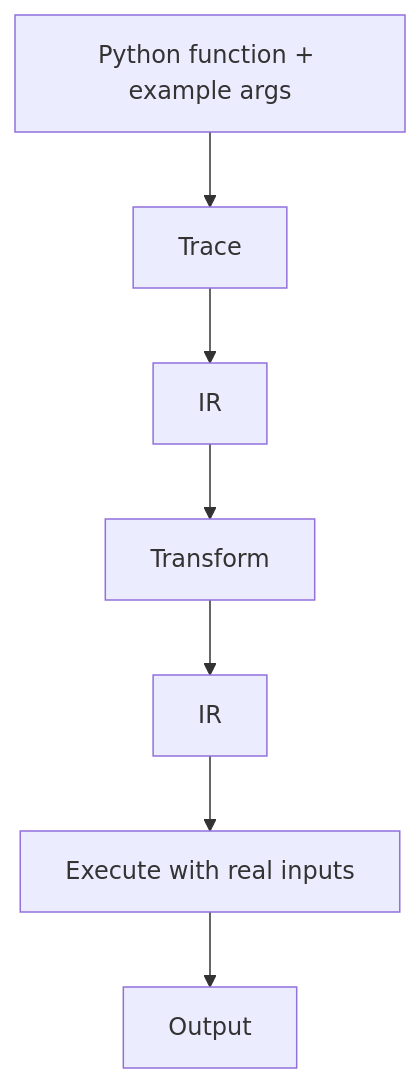
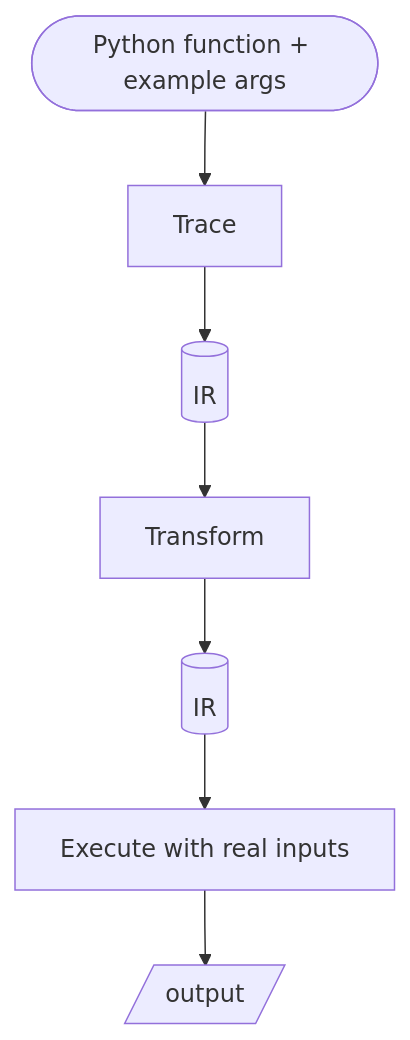
The first of 2 diagrams in docs/concepts/trace-ir-execute.md (ASEM000/autoform), drawn with Mermaid before and after one commit. The commit also changed other lines of this file and 2 other files, not shown here.

Commit message:
docs: add function coloring link

````diff
--- a/docs/concepts/trace-ir-execute.md
+++ b/docs/concepts/trace-ir-execute.md
@@ -7,9 +7,9 @@
 ```{mermaid}
 flowchart TD
-    F["Python function + example args"] --> T["Trace"]
-    T --> IR1["IR"]
+    F([Python function + example args]) --> T["Trace"]
+    T --> IR1[(IR)]
     IR1 --> X["Transform"]
-    X --> IR2["IR"]
+    X --> IR2[(IR)]
     IR2 --> E["Execute with real inputs"]
-    E --> O["Output"]
+    E --> O[/output/]
 ```
````
